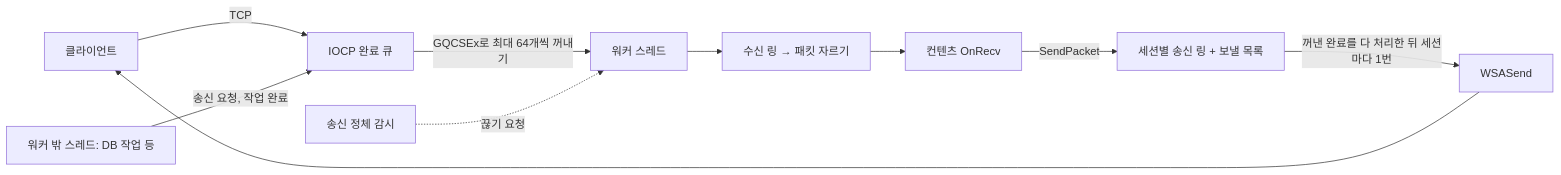
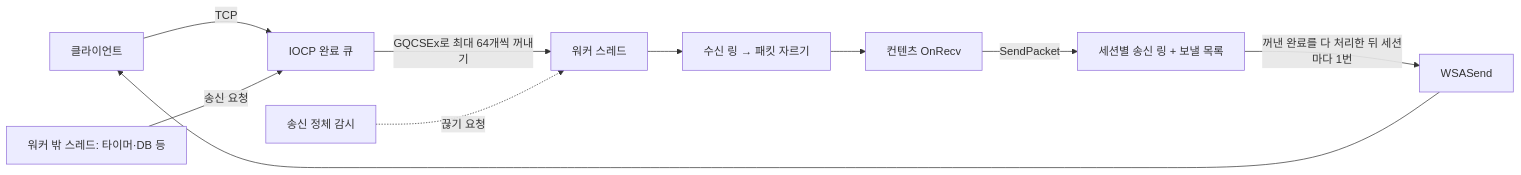
The diagram in README.md (arkchimy/_Arkchimy), drawn with Mermaid before and after one commit. The commit also changed other lines of this file, not shown here.

````diff
--- a/README.md
+++ b/README.md
@@ -11,12 +11,12 @@
 ```mermaid
 flowchart LR
     C[클라이언트] -->|TCP| I[IOCP 완료 큐]
     I -->|GQCSEx로 최대 64개씩 꺼내기| W[워커 스레드]
     W --> R[수신 링 → 패킷 자르기]
     R --> O[컨텐츠 OnRecv]
     O -->|SendPacket| S[세션별 송신 링 + 보낼 목록]
     S -->|꺼낸 완료를 다 처리한 뒤 세션마다 1번| Q[WSASend]
     Q --> C
-    X[워커 밖 스레드: DB 작업 등] -->|송신 요청, 작업 완료| I
+    X[워커 밖 스레드: 타이머·DB 등] -->|송신 요청| I
     M[송신 정체 감시] -.->|끊기 요청| W
 ```
````
